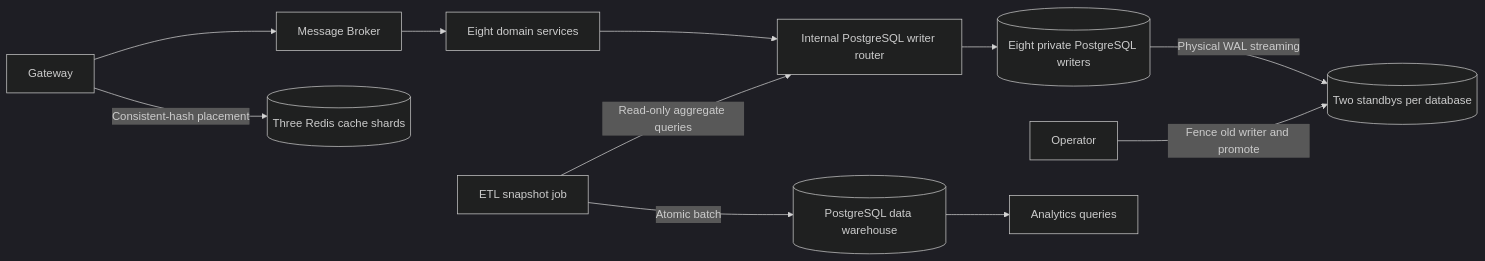
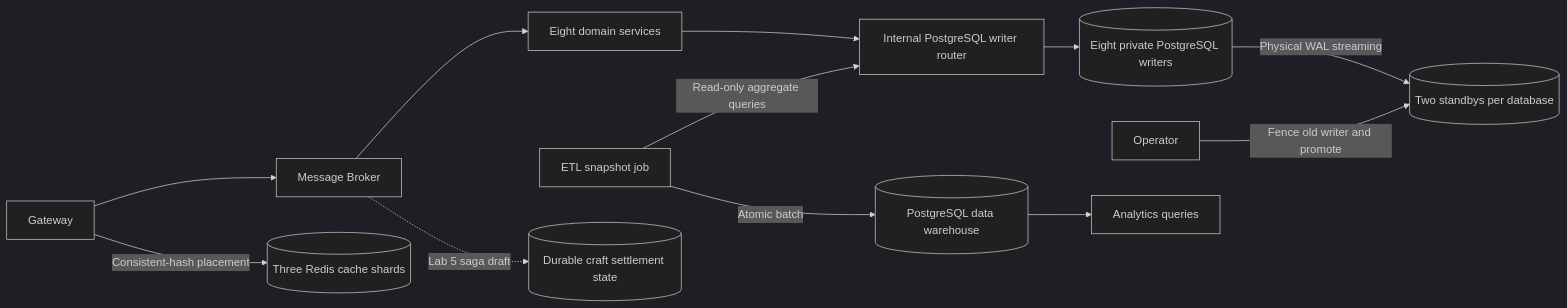
One commit to PAD-TEAM-7/PAD-TEAM-7 changed the first of 3 diagrams in docs/architecture.md. Above: the diagram before and after it, drawn with Mermaid (dark theme). The commit also changed 2 other files, not shown here.

Commit message:
docs(platform): document the draft Broker saga contract and demo

````diff
--- a/docs/architecture.md
+++ b/docs/architecture.md
@@ -8,13 +8,14 @@
 ```mermaid
 flowchart LR
     Gateway[Gateway] --> Broker[Message Broker]
     Broker --> Services[Eight domain services]
     Services --> Router[Internal PostgreSQL writer router]
     ETL[ETL snapshot job] -->|Read-only aggregate queries| Router
     Router --> Sources[(Eight private PostgreSQL writers)]
     Sources -->|Physical WAL streaming| Standbys[(Two standbys per database)]
     Operator[Operator] -->|Fence old writer and promote| Standbys
     ETL -->|Atomic batch| Warehouse[(PostgreSQL data warehouse)]
     Warehouse --> Analytics[Analytics queries]
     Gateway -->|Consistent-hash placement| Cache[(Three Redis cache shards)]
+    Broker -. Lab 5 saga draft .-> Sagas[(Durable craft settlement state)]
 ```
````
